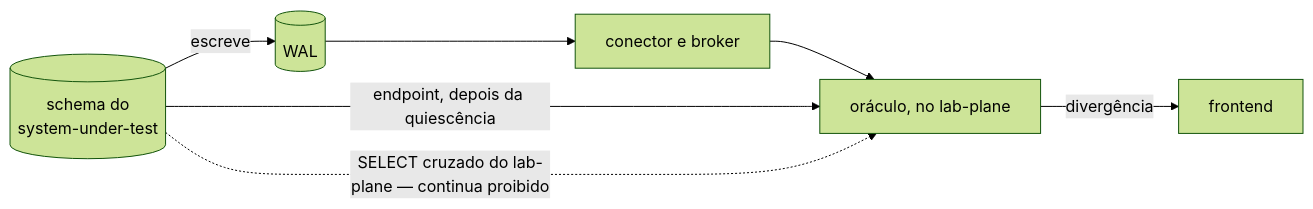
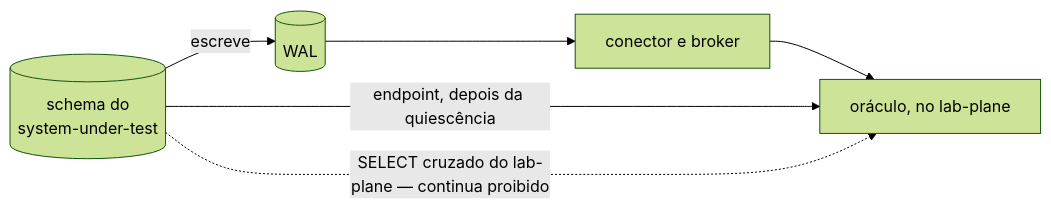
One commit to da0hn/distributed-systems-experiment-lab changed the second of 2 diagrams in docs/features/deteccao-de-divergencia-entre-fontes/feature-card.md. Above: the diagram before and after it, drawn with Mermaid (forest theme). The commit also changed other lines of this file and 2 other files, not shown here.

````diff
--- a/docs/features/deteccao-de-divergencia-entre-fontes/feature-card.md
+++ b/docs/features/deteccao-de-divergencia-entre-fontes/feature-card.md
@@ -99,12 +107,10 @@
 ```mermaid
 flowchart LR
     SUT[("schema do<br/>system-under-test")]
     W[("WAL")]
     T["conector e broker"]
     OR["oráculo, no lab-plane"]
-    FE["frontend"]
     SUT -->|" escreve "| W --> T --> OR
     SUT -->|" endpoint, depois da quiescência "| OR
-    OR -->|" divergência "| FE
     SUT -.->|" SELECT cruzado do lab-plane — continua proibido "| OR
 ```
````
